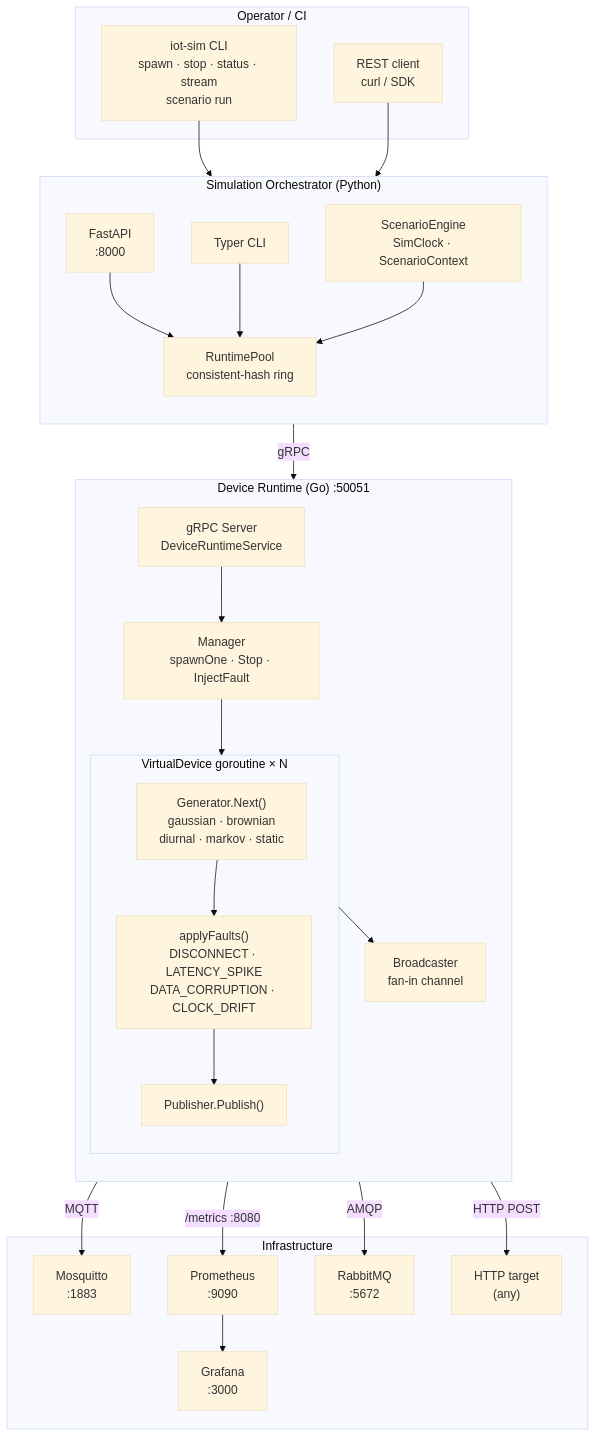
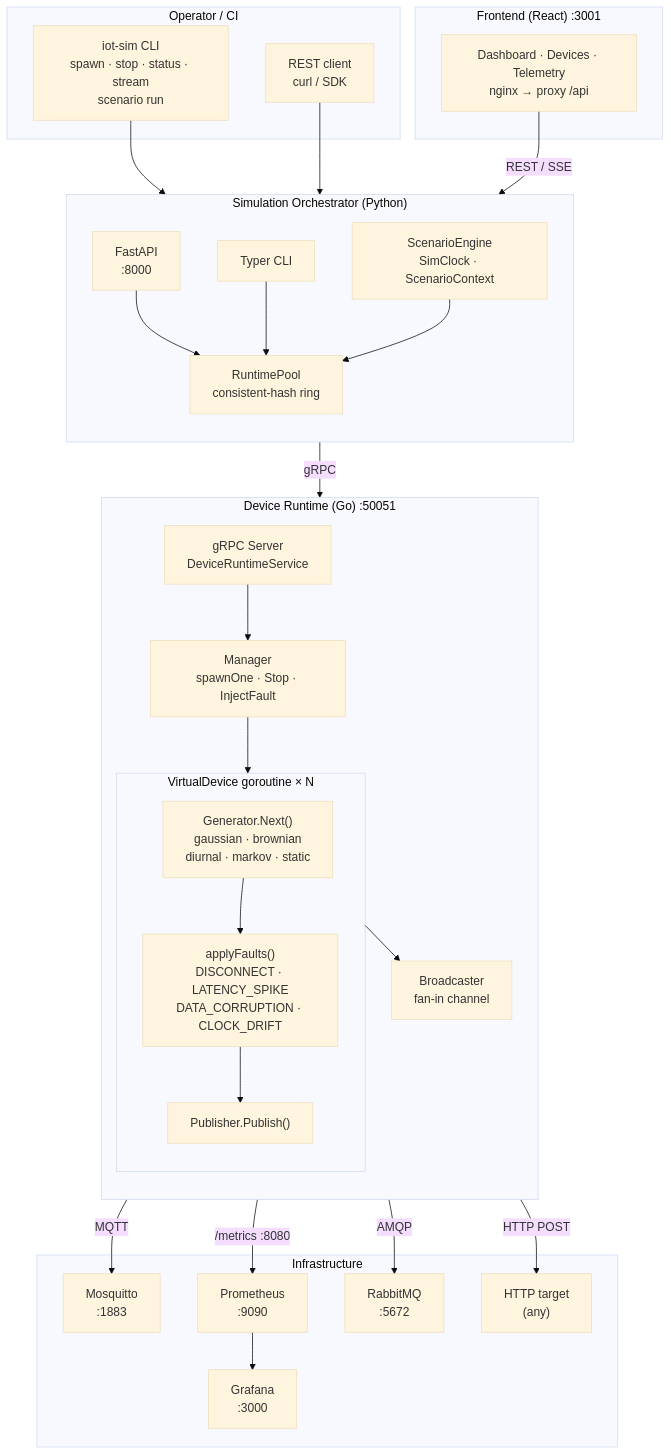
One commit to brianbirir/virtual-iot-simulator changed the diagram in README.md. Above: the diagram before and after it, drawn with Mermaid (base theme). The commit also changed other lines of this file and 1 other file, not shown here.

Commit message:
feat: update README and SYSTEM.md to include Frontend service details

````diff
--- a/README.md
+++ b/README.md
@@ -77,52 +78,57 @@
 ```mermaid
 flowchart TB
     subgraph Operator["Operator / CI"]
         CLI["iot-sim CLI\nspawn · stop · status · stream\nscenario run"]
         RESTC["REST client\ncurl / SDK"]
     end
 
     subgraph Orchestrator["Simulation Orchestrator (Python)"]
         direction TB
         API["FastAPI\n:8000"]
         CLIAPP["Typer CLI"]
         POOL["RuntimePool\nconsistent-hash ring"]
         SCENARIO["ScenarioEngine\nSimClock · ScenarioContext"]
         CLI --> CLIAPP
         RESTC --> API
         API --> POOL
         CLIAPP --> POOL
         SCENARIO --> POOL
     end
 
     subgraph Runtime["Device Runtime (Go)  :50051"]
         direction TB
         GRPC["gRPC Server\nDeviceRuntimeService"]
         MGR["Manager\nspawnOne · Stop · InjectFault"]
         BC["Broadcaster\nfan-in channel"]
 
         subgraph Devices["VirtualDevice goroutine × N"]
             GEN["Generator.Next()\ngaussian · brownian\ndiurnal · markov · static"]
             FAULT["applyFaults()\nDISCONNECT · LATENCY_SPIKE\nDATA_CORRUPTION · CLOCK_DRIFT"]
             PUB["Publisher.Publish()"]
             GEN --> FAULT --> PUB
         end
 
         GRPC --> MGR --> Devices
         Devices --> BC
     end
 
+    subgraph Frontend["Frontend (React)  :3001"]
+        UI["Dashboard · Devices · Telemetry\nnginx → proxy /api"]
+    end
+
     subgraph Infra["Infrastructure"]
         MQTT["Mosquitto\n:1883"]
         PROM["Prometheus\n:9090"]
         GRAF["Grafana\n:3000"]
         RABBIT["RabbitMQ\n:5672"]
         HTTP["HTTP target\n(any)"]
     end
 
+    UI -->|"REST / SSE"| API
     POOL -->|gRPC| GRPC
     PUB -->|MQTT| MQTT
     PUB -->|AMQP| RABBIT
     PUB -->|HTTP POST| HTTP
     Runtime -->|"/metrics :8080"| PROM
     PROM --> GRAF
 ```
````
